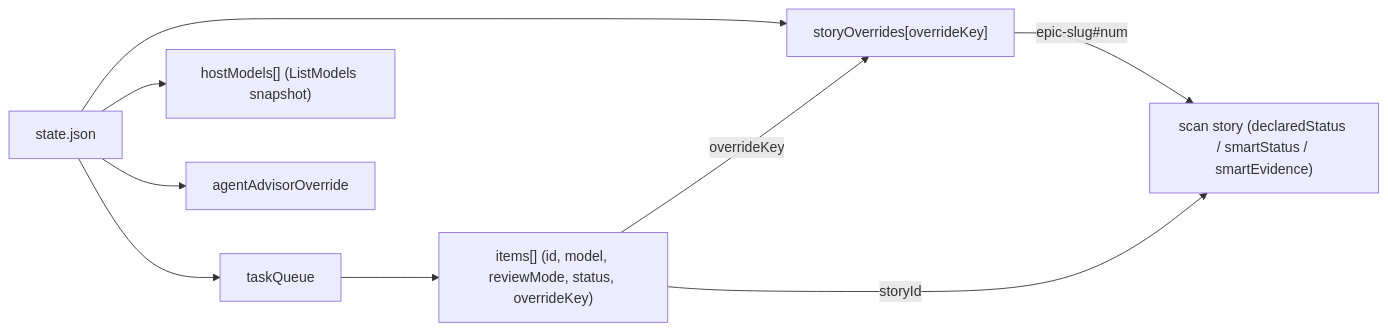
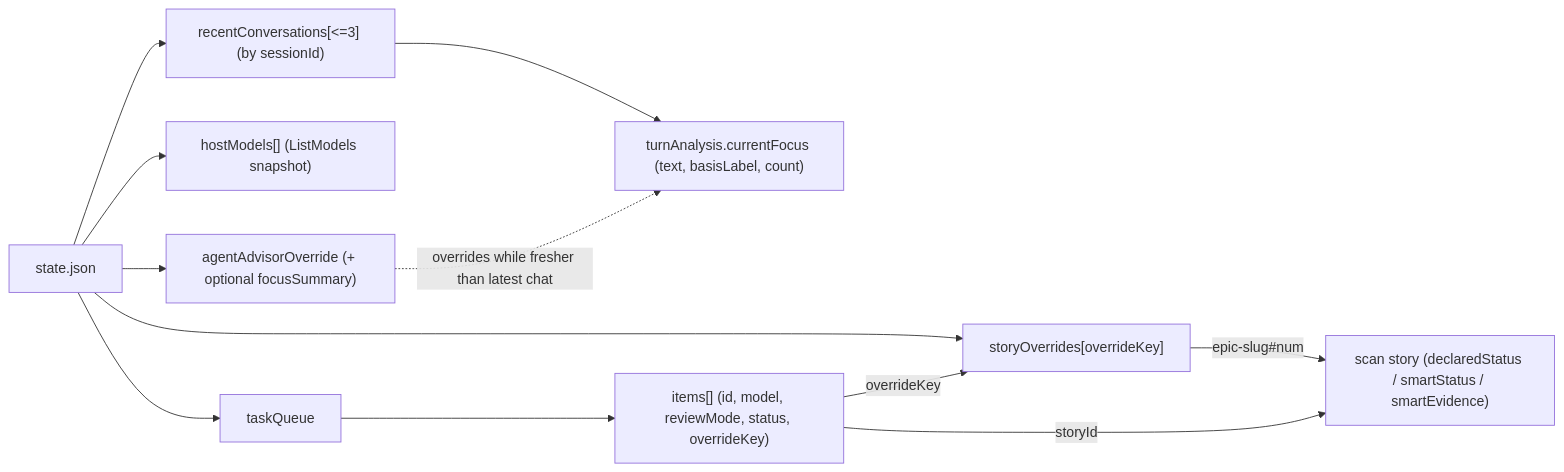
Before and after one commit to a2mus/zcode-vibe-plugins: the fourth of 4 diagrams in bmad-companion/_bmad-output/initiative-bmad-companion/architecture-bmad-companion/architecture-bmad-companion.md, drawn with Mermaid. The commit also changed other lines of this file and 20 other files, not shown here.

Commit message:
docs(bmad-companion): plan Wave 2 Epics 7-8 and align AD-18 Current focus wording

````diff
--- a/bmad-companion/_bmad-output/initiative-bmad-companion/architecture-bmad-companion/architecture-bmad-companion.md
+++ b/bmad-companion/_bmad-output/initiative-bmad-companion/architecture-bmad-companion/architecture-bmad-companion.md
@@ -232,11 +264,14 @@
 ```mermaid
 flowchart LR
   State["state.json"] --> SO["storyOverrides[overrideKey]"]
   State --> TQ["taskQueue"]
   State --> HM["hostModels[] (ListModels snapshot)"]
-  State --> AO["agentAdvisorOverride"]
+  State --> AO["agentAdvisorOverride (+ optional focusSummary)"]
+  State --> RC["recentConversations[<=3] (by sessionId)"]
+  RC --> FH["turnAnalysis.currentFocus (text, basisLabel, count)"]
+  AO -.->|"overrides while fresher than latest chat"| FH
   TQ --> Items["items[] (id, model, reviewMode, status, overrideKey)"]
   Items -->|"overrideKey"| SO
   SO -->|"epic-slug#num"| Story["scan story (declaredStatus / smartStatus / smartEvidence)"]
   Items -->|"storyId"| Story
 ```
````
